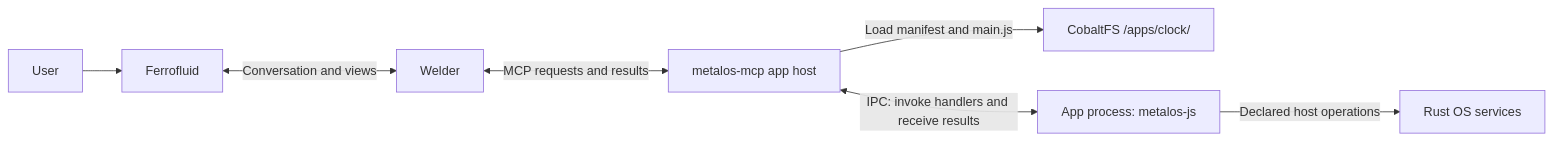
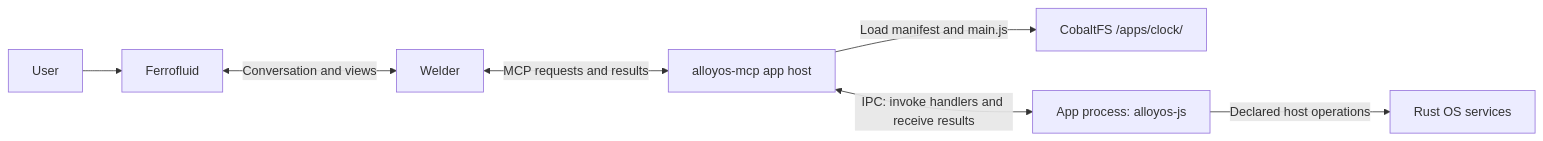
Before and after one commit to lucasdupin/alloyOS: the diagram in APP_ANATOMY.md, drawn with Mermaid. The commit also changed other lines of this file and 296 other files, not shown here.

````diff
--- a/APP_ANATOMY.md
+++ b/APP_ANATOMY.md
@@ -25,9 +25,9 @@
 ```mermaid
 flowchart LR
     User --> Ferrofluid
     Ferrofluid <-->|Conversation and views| Welder
-    Welder <-->|MCP requests and results| Host[metalos-mcp app host]
+    Welder <-->|MCP requests and results| Host[alloyos-mcp app host]
     Host -->|Load manifest and main.js| Disk[CobaltFS /apps/clock/]
-    Host <-->|IPC: invoke handlers and receive results| JS[App process: metalos-js]
+    Host <-->|IPC: invoke handlers and receive results| JS[App process: alloyos-js]
     JS -->|Declared host operations| OS[Rust OS services]
 ```
````
